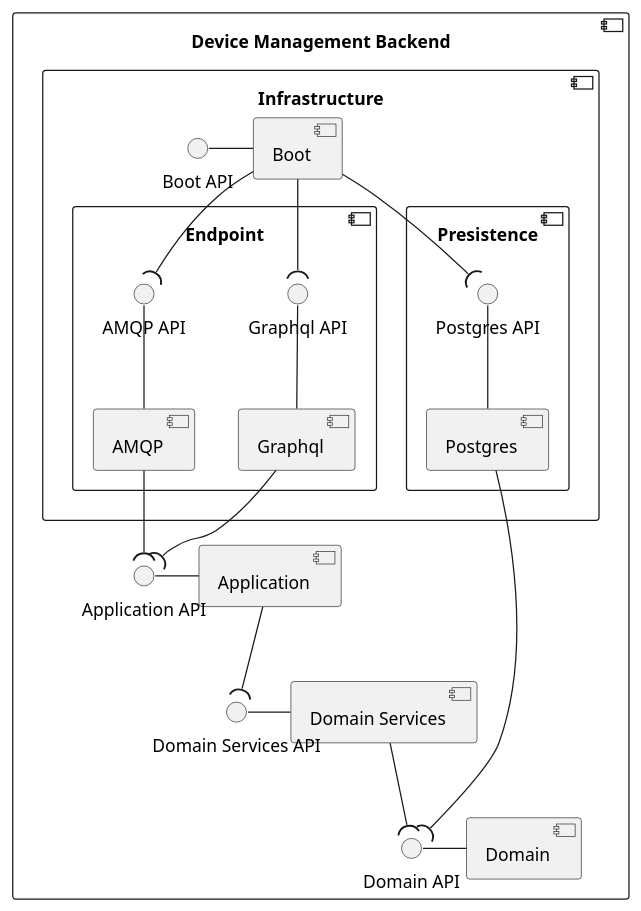
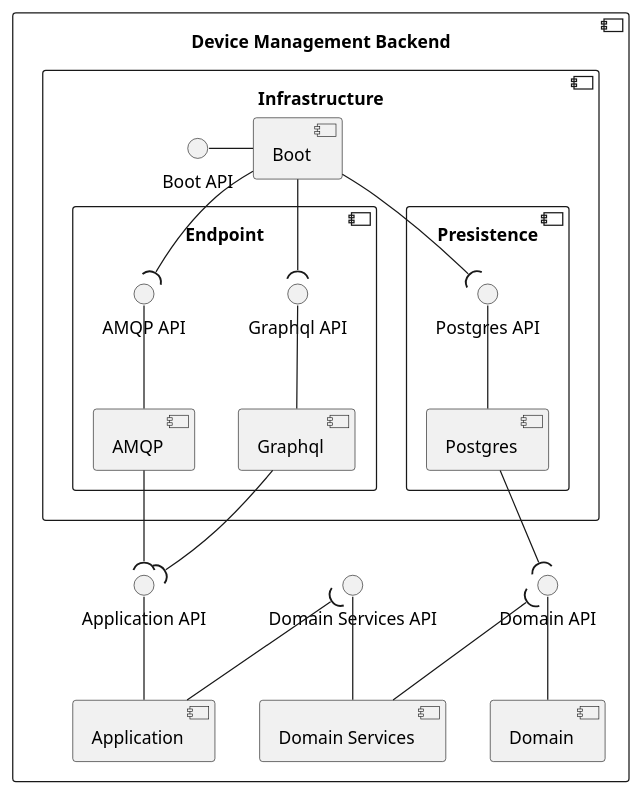
The diagram in assets/diagrams/design/architectural/level3/logical/device-management-backend.pu (FilipeMCruz/dissertation), drawn with PlantUML before and after one commit. The commit also changed 27 other files, not shown here.

```diff
--- a/assets/diagrams/design/architectural/level3/logical/device-management-backend.pu
+++ b/assets/diagrams/design/architectural/level3/logical/device-management-backend.pu
@@ -1,45 +1,47 @@
 @startuml device-management-backend
 
 component "Device Management Backend" {
     component "Application" as APP
     component "Domain" as DOM
     component "Domain Services" as DOM_SERV
     component "Infrastructure" as INFRA {
         component "Boot" as BOOT
         component "Presistence" as PERSIST {
             component "Postgres" as POSTG
             interface "Postgres API" as POSTG_API
         }
         component "Endpoint" as ENDPOINT {
             component "Graphql" as GRAPH
             component "AMQP" as AMQP
             interface "Graphql API" as GRAPH_API
             interface "AMQP API" as AMQP_API
         }
         interface "Boot API" as BOOT_API
     }
 
     interface "Application API" as APP_API
     interface "Domain API" as DOM_API
     interface "Domain Services API" as DOM_SERV_API
 
     GRAPH_API -- GRAPH
-    DOM_API - DOM
-    DOM_SERV_API - DOM_SERV
+    DOM_API -- DOM
+    DOM_SERV_API -- DOM_SERV
 
     POSTG_API -- POSTG
     AMQP_API -- AMQP
-    APP_API - APP
+    APP_API -- APP
     BOOT_API - BOOT
 
     AMQP --( APP_API
     POSTG --( DOM_API
     GRAPH --( APP_API
-    APP --( DOM_SERV_API
-    DOM_SERV --( DOM_API
+   ' APP --( DOM_SERV_API
+    DOM_SERV_API )-- APP
+    DOM_API )-- DOM_SERV
+    'DOM_SERV --( DOM_API
     BOOT --( GRAPH_API
     BOOT --( POSTG_API
     BOOT --( AMQP_API
 }
 
 @enduml
```
